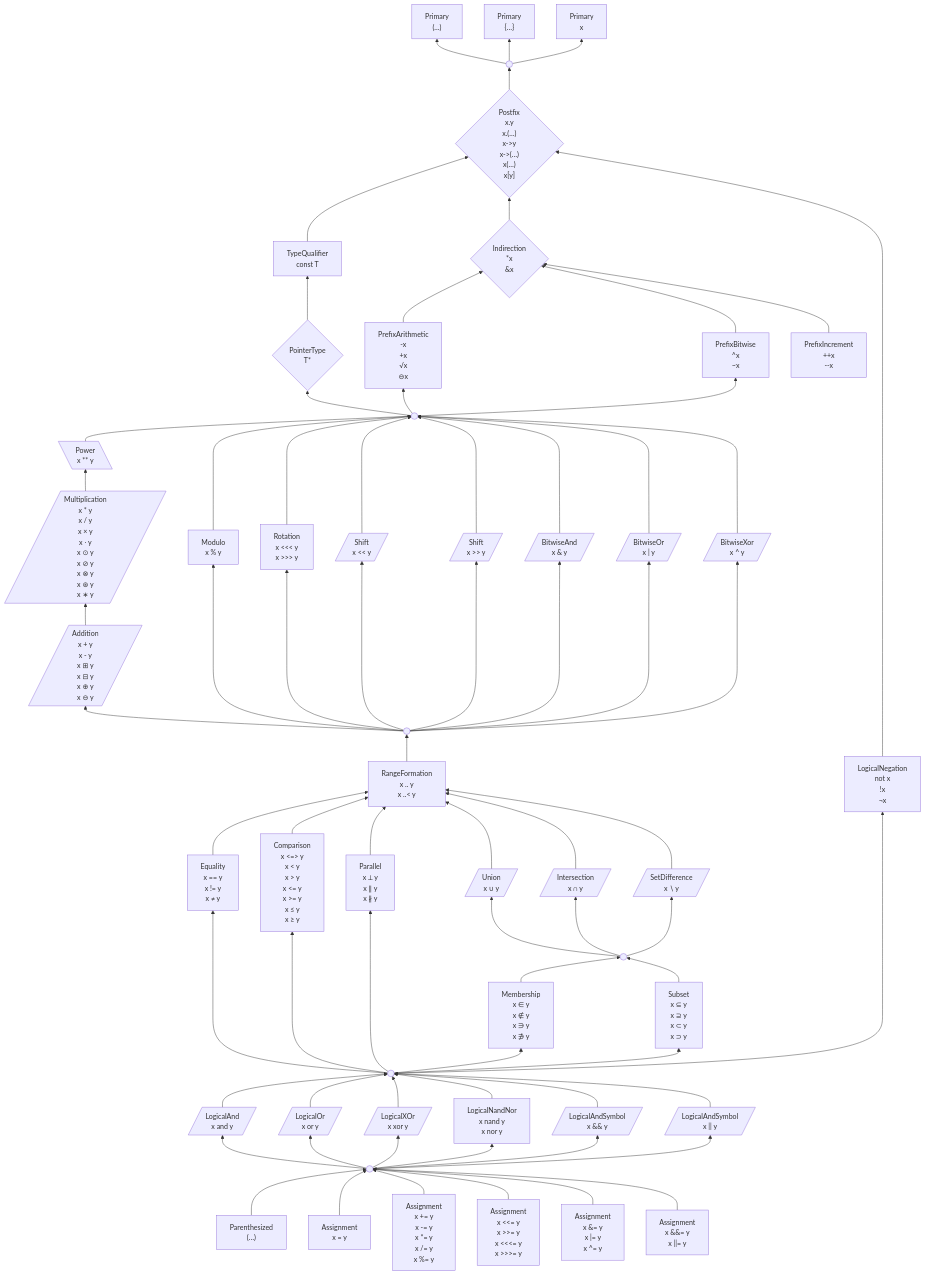
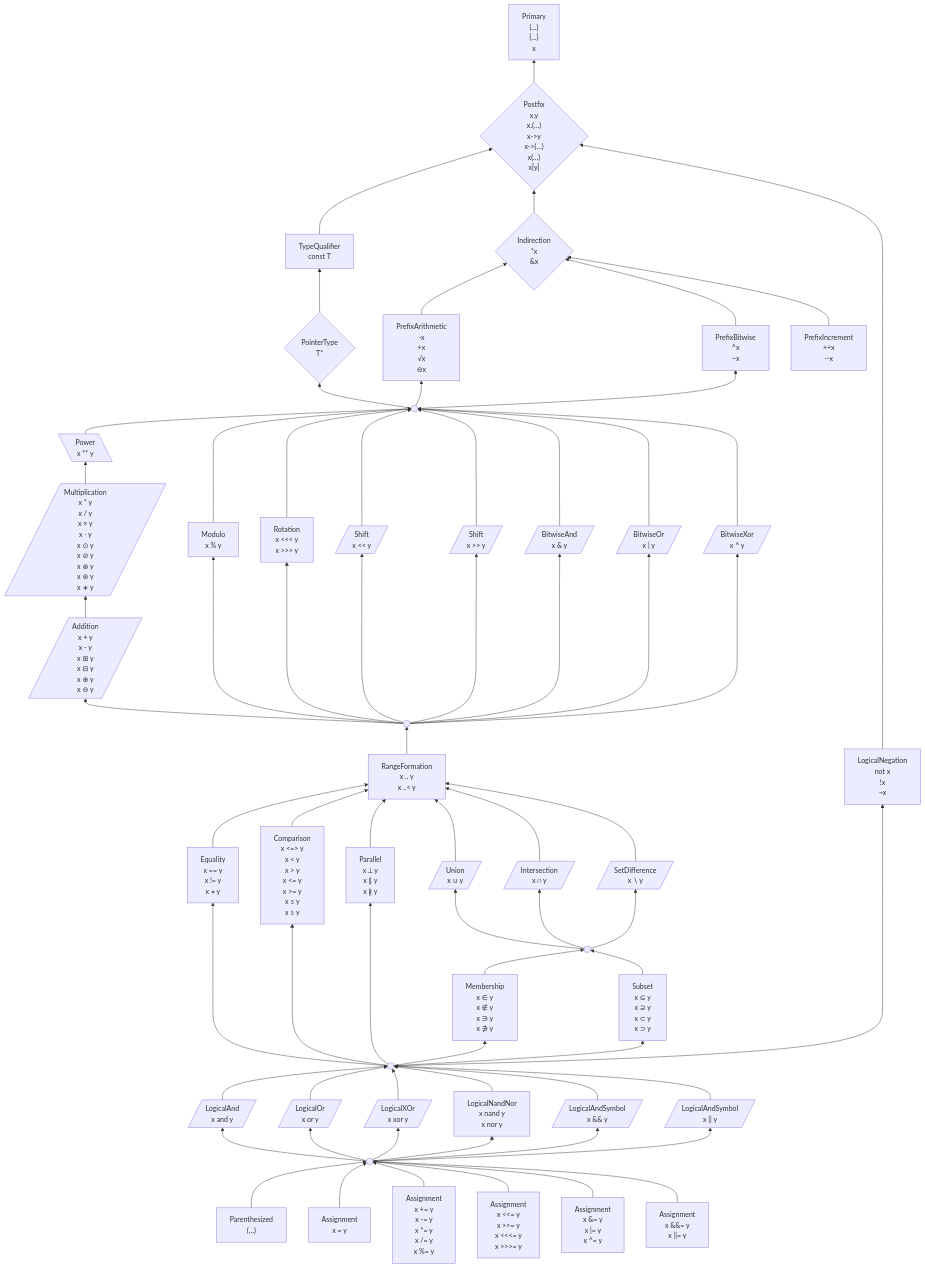
One commit to laro/Cilia changed the first of 2 diagrams in 6 .../2 Unfinished Ideas.md. Above: the diagram before and after it, drawn with Mermaid.

Commit message:
Update 2 Unfinished Ideas.md

````diff
--- a/6 .../2 Unfinished Ideas.md
+++ b/6 .../2 Unfinished Ideas.md
@@ -193,17 +193,12 @@
 ```mermaid
 %%{init: {'themeVariables': {'fontFamily': 'monospace'}}}%%
 graph BT
-    parens["Primary
-(…)"]
-    braces["Primary
-{…}"]
-    unqualifiedName["Primary
+    primary["Primary
+(…)
+{…}
 x"]
 
-    top --> parens & braces & unqualifiedName
-    top((" "))
-
-    suffixOps --> top
+    suffixOps --> primary
     suffixOps{"Postfix
 x.y
 x.(…)
````
